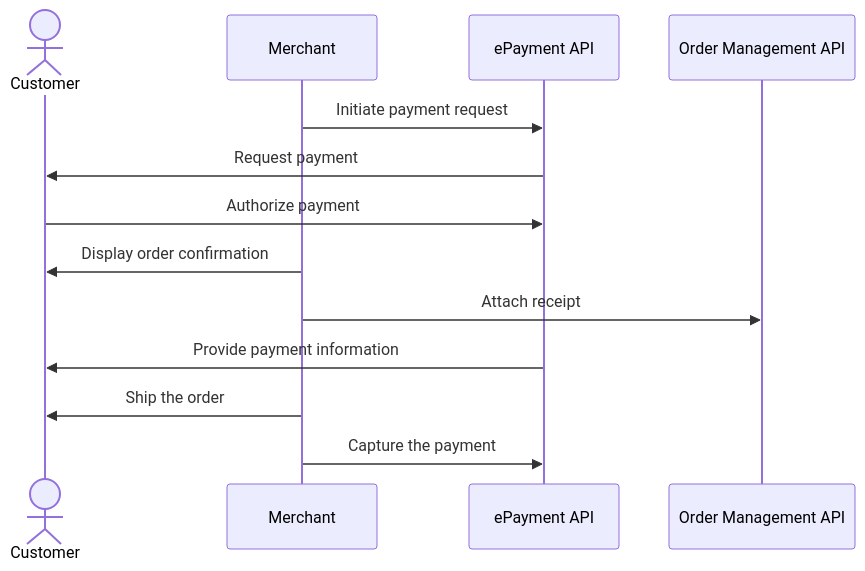
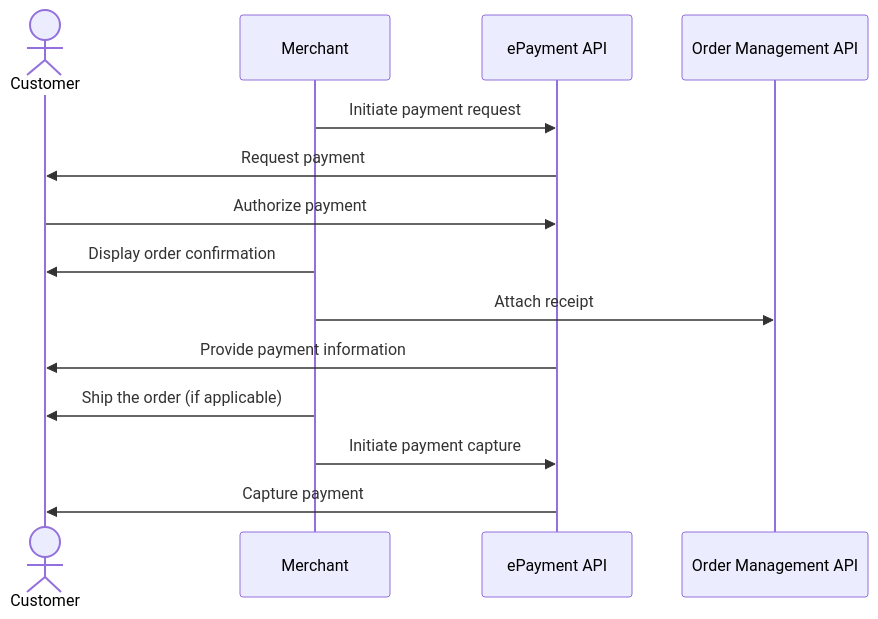
Before and after one commit to vippsas/vipps-solutions: the diagram in online/README.md, drawn with Mermaid. The commit also changed 13 other files, not shown here.

Commit message:
Sequence diagrams: Add line to initiate payment capture

````diff
--- a/online/README.md
+++ b/online/README.md
@@ -137,16 +137,17 @@
 ``` mermaid
 sequenceDiagram
     actor C as Customer
     participant M as Merchant
     participant ePayment as ePayment API
     participant ordermanagement as Order Management API
 
     M->>ePayment: Initiate payment request
     ePayment->>C: Request payment
     C->>ePayment: Authorize payment
     M->>C: Display order confirmation
     M->> ordermanagement: Attach receipt
     ePayment->>C: Provide payment information
-    M->>C: Ship the order
-    M->>ePayment: Capture the payment
+    M->>C: Ship the order (if applicable)
+    M->>ePayment: Initiate payment capture
+    ePayment->>C: Capture payment
 ```
````
